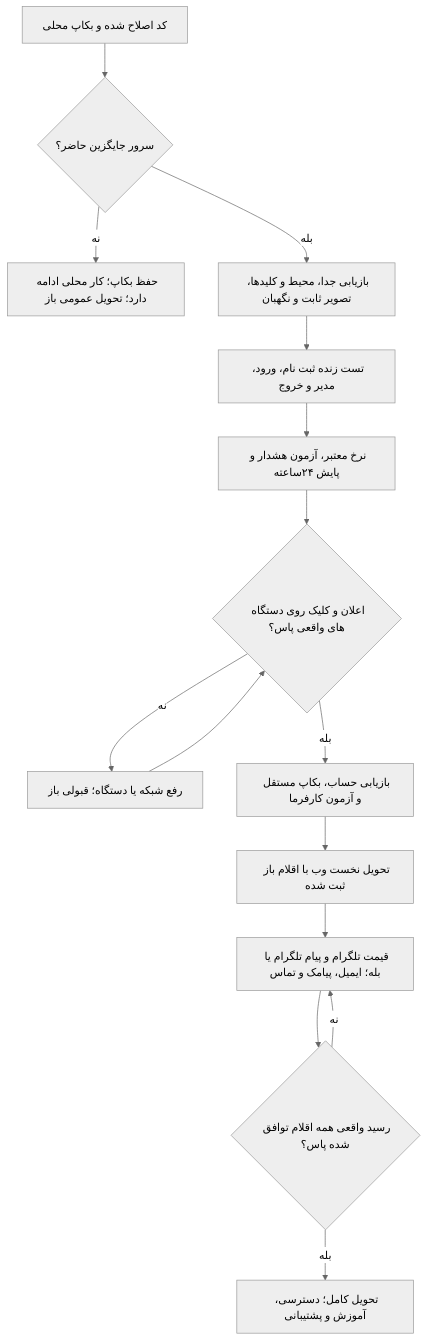
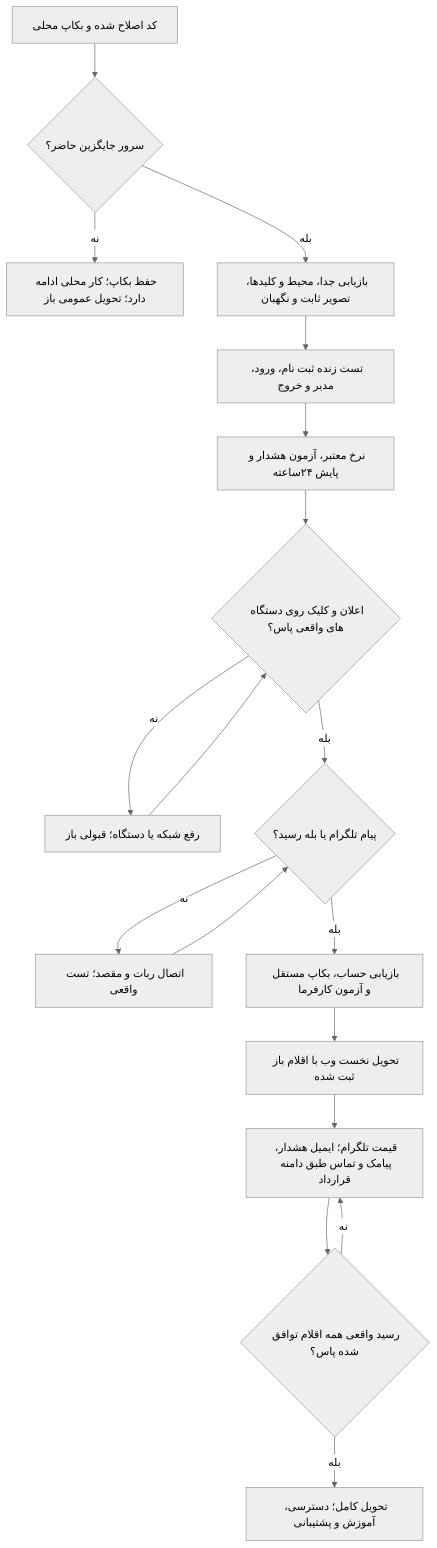
The first of 2 diagrams in docs/project-completion-roadmap-fa.md (Ilia-Shakeri/Nerkhbaan), drawn with Mermaid (neutral theme) before and after one commit. The commit also changed other lines of this file and 17 other files, not shown here.

````diff
--- a/docs/project-completion-roadmap-fa.md
+++ b/docs/project-completion-roadmap-fa.md
@@ -48,17 +51,20 @@
 ```mermaid
 flowchart TD
     A[کد اصلاح شده و بکاپ محلی] --> B{سرور جایگزین حاضر؟}
     B -->|نه| C[حفظ بکاپ؛ کار محلی ادامه دارد؛ تحویل عمومی باز]
     B -->|بله| D[بازیابی جدا، محیط و کلیدها، تصویر ثابت و نگهبان]
     D --> E[تست زنده ثبت نام، ورود، مدیر و خروج]
     E --> F[نرخ معتبر، آزمون هشدار و پایش ۲۴ساعته]
     F --> G{اعلان و کلیک روی دستگاه های واقعی پاس؟}
     G -->|نه| H[رفع شبکه یا دستگاه؛ قبولی باز]
     H --> G
-    G -->|بله| I[بازیابی حساب، بکاپ مستقل و آزمون کارفرما]
+    G -->|بله| T{پیام تلگرام یا بله رسید؟}
+    T -->|نه| U[اتصال ربات و مقصد؛ تست واقعی]
+    U --> T
+    T -->|بله| I[بازیابی حساب، بکاپ مستقل و آزمون کارفرما]
     I --> J[تحویل نخست وب با اقلام باز ثبت شده]
-    J --> K[قیمت تلگرام و پیام تلگرام یا بله؛ ایمیل، پیامک و تماس]
+    J --> K[قیمت تلگرام؛ ایمیل هشدار، پیامک و تماس طبق دامنه قرارداد]
     K --> L{رسید واقعی همه اقلام توافق شده پاس؟}
     L -->|نه| K
     L -->|بله| M[تحویل کامل؛ دسترسی، آموزش و پشتیبانی]
 ```
````
